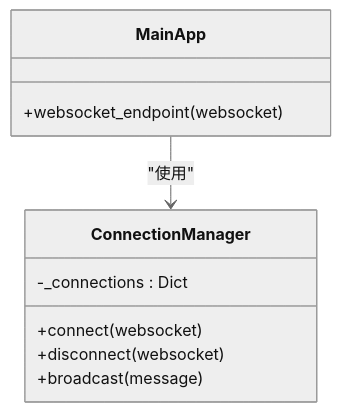
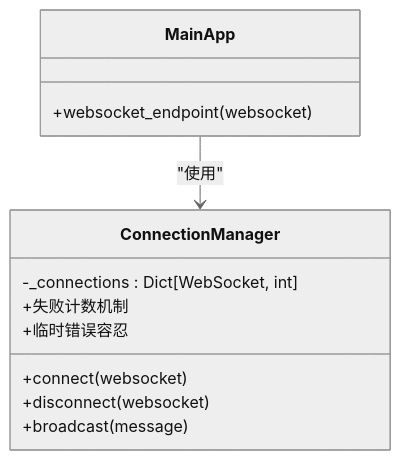
One commit to onebody/ccclubs_AI_RPA changed the third of 9 diagrams in .qoder/repowiki/zh/content/后端服务架构/WebSocket 实时通信.md. Above: the diagram before and after it, drawn with Mermaid (neutral theme). The commit also changed other lines of this file and 8 other files, not shown here.

````diff
--- a/.qoder/repowiki/zh/content/后端服务架构/WebSocket 实时通信.md
+++ b/.qoder/repowiki/zh/content/后端服务架构/WebSocket 实时通信.md
@@ -147,13 +158,15 @@
 ```mermaid
 classDiagram
 class ConnectionManager {
--_connections : Dict
+-_connections : Dict[WebSocket, int]
 +connect(websocket)
 +disconnect(websocket)
 +broadcast(message)
++失败计数机制
++临时错误容忍
 }
 class MainApp {
 +websocket_endpoint(websocket)
 }
 MainApp --> ConnectionManager : "使用"
 ```
````
